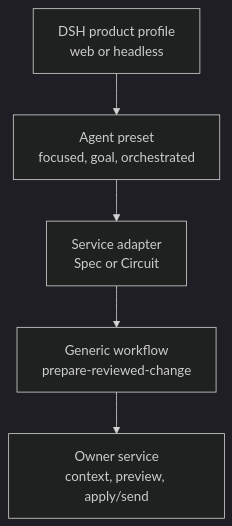
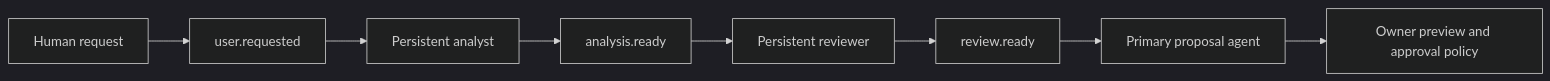
One commit to ankdesh/spec2gds changed the diagram in docs/dsh-configurable-assistant-tutorial.md. Above: the diagram before and after it, drawn with Mermaid (dark theme). The commit also changed other lines of this file and 34 other files, not shown here.

````diff
--- a/docs/dsh-configurable-assistant-tutorial.md
+++ b/docs/dsh-configurable-assistant-tutorial.md
@@ -9,13 +21,10 @@
 ```mermaid
-flowchart TD
-    P[DSH product profile<br/>web or headless]
-    A[Agent preset<br/>focused, goal, orchestrated]
-    S[Service adapter<br/>Spec or Circuit]
-    W[Generic workflow<br/>prepare-reviewed-change]
-    O[Owner service<br/>context, preview, apply/send]
-
-    P --> A
-    A --> S
-    S --> W
-    W --> O
+flowchart LR
+    U[Human request] --> E[user.requested]
+    E --> A[Persistent analyst]
+    A --> F[analysis.ready]
+    F --> R[Persistent reviewer]
+    R --> V[review.ready]
+    V --> P[Primary proposal agent]
+    P --> O[Owner preview and approval policy]
 ```
````
